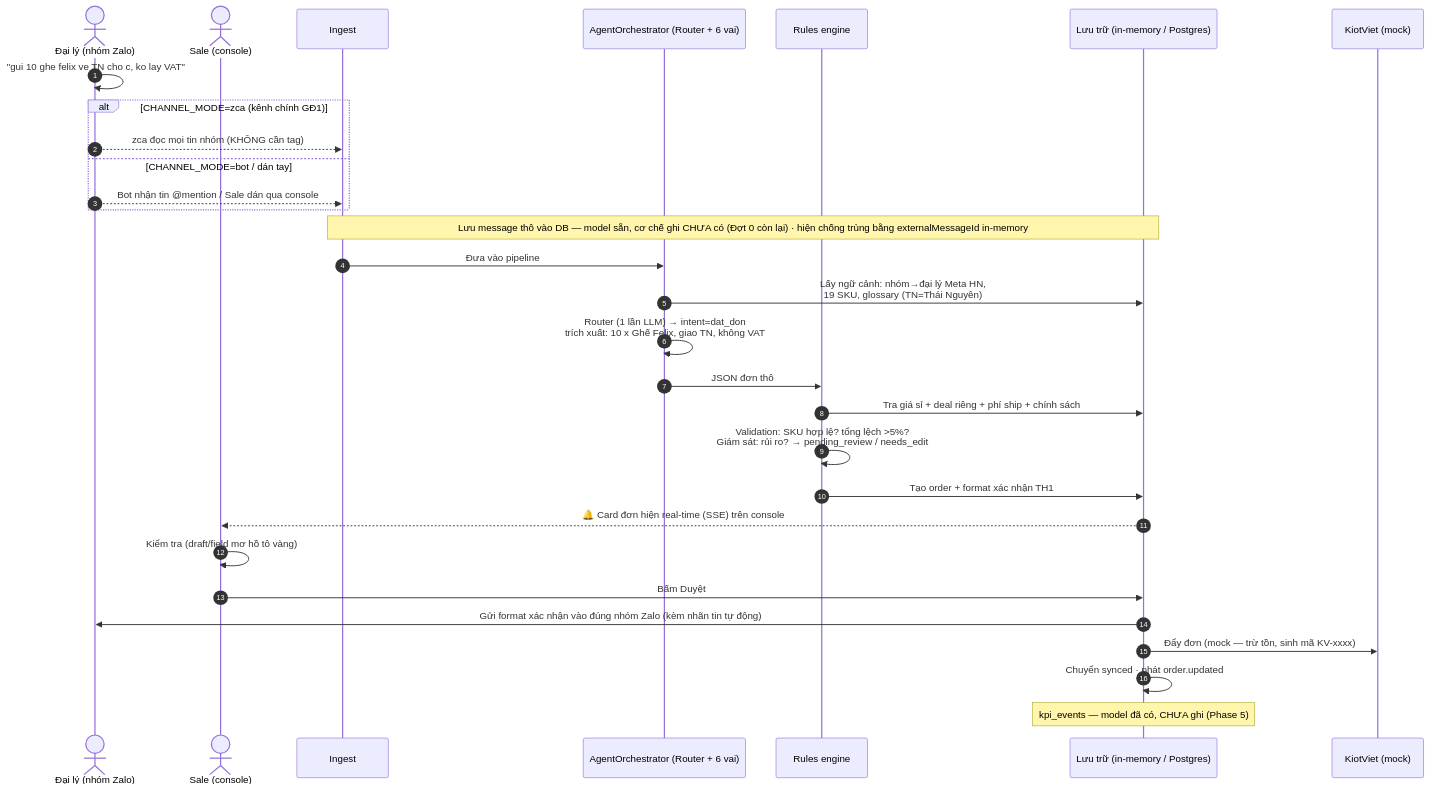
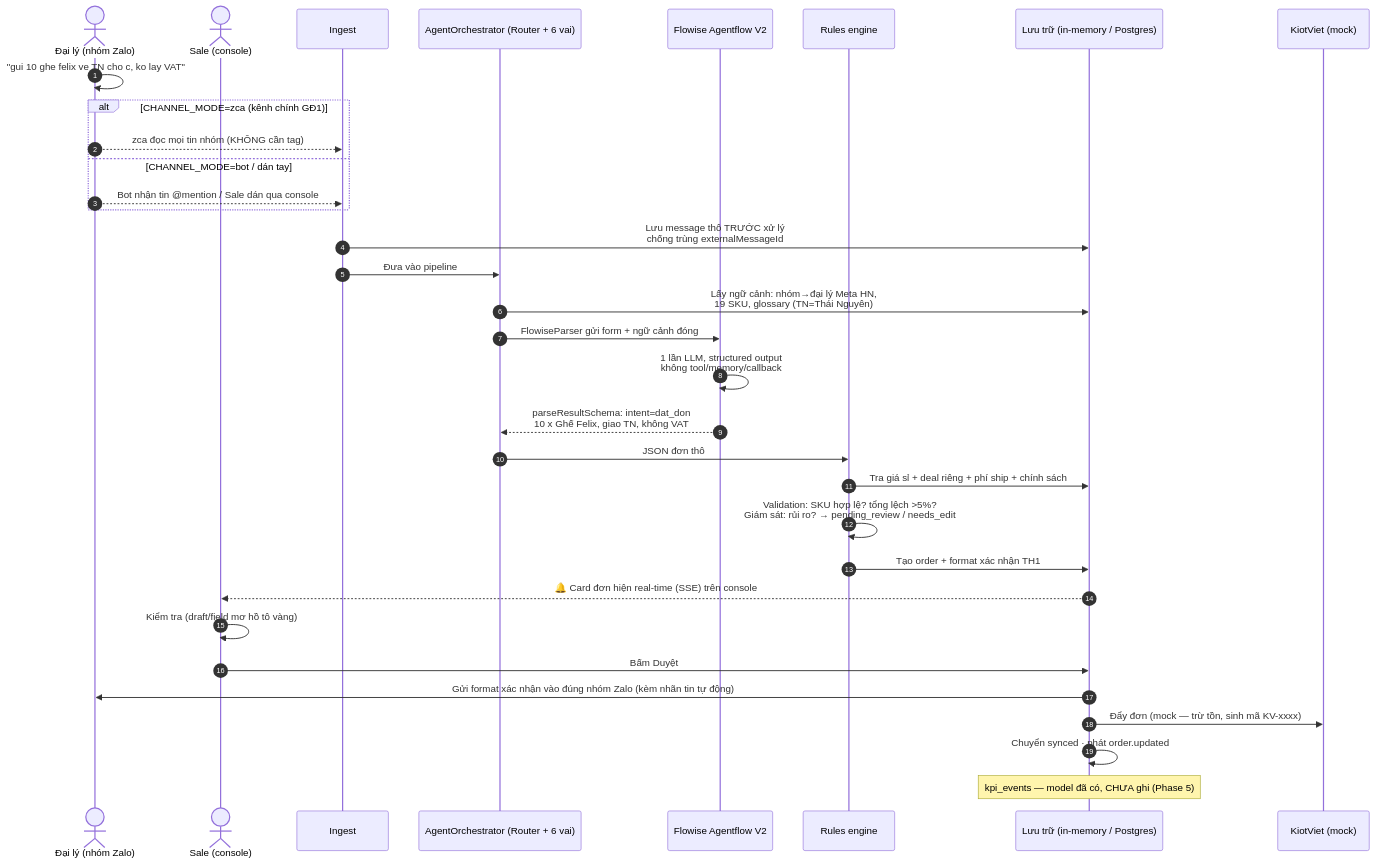
Before and after one commit to phungtienviet14-sketch/nexagnet-platform: the fourth of 12 diagrams in docs/so-do-he-thong.md, drawn with Mermaid. The commit also changed other lines of this file and 43 other files, not shown here.

Commit message:
feat: integrate Flowise parser and GCP pilot stack

````diff
--- a/docs/so-do-he-thong.md
+++ b/docs/so-do-he-thong.md
@@ -190,35 +198,38 @@
 ```mermaid
 sequenceDiagram
     autonumber
     actor DL as Đại lý (nhóm Zalo)
     actor S as Sale (console)
     participant IN as Ingest
     participant AI as AgentOrchestrator (Router + 6 vai)
+    participant FL as Flowise Agentflow V2
     participant RU as Rules engine
     participant ST as Lưu trữ (in-memory / Postgres)
     participant KV as KiotViet (mock)
 
     DL->>DL: "gui 10 ghe felix ve TN cho c, ko lay VAT"
 
     alt CHANNEL_MODE=zca (kênh chính GĐ1)
         DL-->>IN: zca đọc mọi tin nhóm (KHÔNG cần tag)
     else CHANNEL_MODE=bot / dán tay
         DL-->>IN: Bot nhận tin @mention / Sale dán qua console
     end
 
-    Note over IN,ST: Lưu message thô vào DB — model sẵn, cơ chế ghi CHƯA có (Đợt 0 còn lại) · hiện chống trùng bằng externalMessageId in-memory
+    IN->>ST: Lưu message thô TRƯỚC xử lý<br/>chống trùng externalMessageId
     IN->>AI: Đưa vào pipeline
     AI->>ST: Lấy ngữ cảnh: nhóm→đại lý Meta HN,<br/>19 SKU, glossary (TN=Thái Nguyên)
-    AI->>AI: Router (1 lần LLM) → intent=dat_don<br/>trích xuất: 10 x Ghế Felix, giao TN, không VAT
+    AI->>FL: FlowiseParser gửi form + ngữ cảnh đóng
+    FL->>FL: 1 lần LLM, structured output<br/>không tool/memory/callback
+    FL-->>AI: parseResultSchema: intent=dat_don<br/>10 x Ghế Felix, giao TN, không VAT
     AI->>RU: JSON đơn thô
     RU->>ST: Tra giá sỉ + deal riêng + phí ship + chính sách
     RU->>RU: Validation: SKU hợp lệ? tổng lệch >5%?<br/>Giám sát: rủi ro? → pending_review / needs_edit
     RU->>ST: Tạo order + format xác nhận TH1
     ST-->>S: 🔔 Card đơn hiện real-time (SSE) trên console
     S->>S: Kiểm tra (draft/field mơ hồ tô vàng)
     S->>ST: Bấm Duyệt
     ST->>DL: Gửi format xác nhận vào đúng nhóm Zalo (kèm nhãn tin tự động)
     ST->>KV: Đẩy đơn (mock — trừ tồn, sinh mã KV-xxxx)
     ST->>ST: Chuyển synced · phát order.updated
     Note over ST: kpi_events — model đã có, CHƯA ghi (Phase 5)
 ```
````
